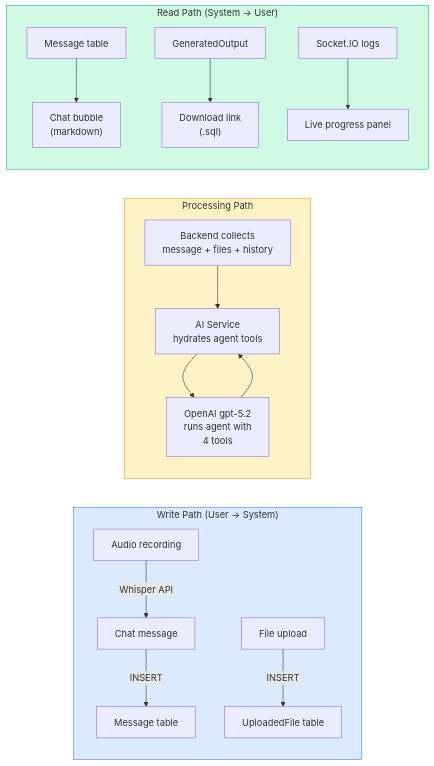
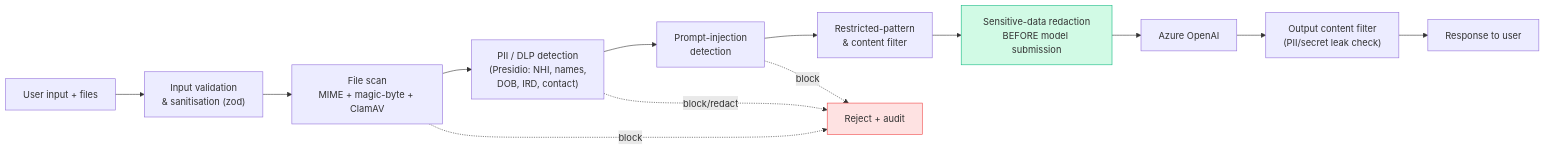
Before and after one commit to shankasf/small_migration: the fourth of 6 diagrams in ARCHITECTURE.md, drawn with Mermaid. The commit also changed other lines of this file and 1 other file, not shown here.

First line of the commit message:
docs(architecture): Rewrite as NZ-health-compliant secure architecture

````diff
--- a/ARCHITECTURE.md
+++ b/ARCHITECTURE.md
@@ -249,24 +293,17 @@
 ```mermaid
 graph LR
-    subgraph Write["Write Path (User → System)"]
-        M1["Chat message"] -->|"INSERT"| DB1["Message table"]
-        M2["File upload"] -->|"INSERT"| DB2["UploadedFile table"]
-        M3["Audio recording"] -->|"Whisper API"| M1
-    end
-
-    subgraph Process["Processing Path"]
-        BE["Backend collects<br/>message + files + history"] --> AI["AI Service<br/>hydrates agent tools"]
-        AI --> OAI["OpenAI gpt-5.2<br/>runs agent with<br/>4 tools"]
-        OAI --> AI
-    end
-
-    subgraph Read["Read Path (System → User)"]
-        R1["Message table"] --> C1["Chat bubble<br/>(markdown)"]
-        R2["GeneratedOutput"] --> C2["Download link<br/>(.sql)"]
-        R3["Socket.IO logs"] --> C3["Live progress panel"]
-    end
-
-    style Write fill:#dbeafe,stroke:#3b82f6
-    style Process fill:#fef3c7,stroke:#f59e0b
-    style Read fill:#d1fae5,stroke:#10b981
+    IN["User input + files"] --> V1["Input validation<br/>& sanitisation (zod)"]
+    V1 --> V2["File scan<br/>MIME + magic-byte + ClamAV"]
+    V2 --> V3["PII / DLP detection<br/>(Presidio: NHI, names,<br/>DOB, IRD, contact)"]
+    V3 --> V4["Prompt-injection<br/>detection"]
+    V4 --> V5["Restricted-pattern<br/>& content filter"]
+    V5 --> V6["Sensitive-data redaction<br/>BEFORE model submission"]
+    V6 --> M["Azure OpenAI"]
+    M --> O1["Output content filter<br/>(PII/secret leak check)"]
+    O1 --> OUT["Response to user"]
+    V2 -. block .-> BLK["Reject + audit"]
+    V3 -. block/redact .-> BLK
+    V4 -. block .-> BLK
+    style BLK fill:#fee2e2,stroke:#ef4444
+    style V6 fill:#d1fae5,stroke:#10b981
 ```
````
